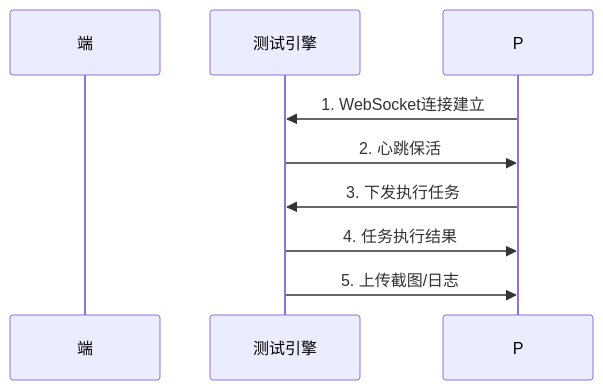
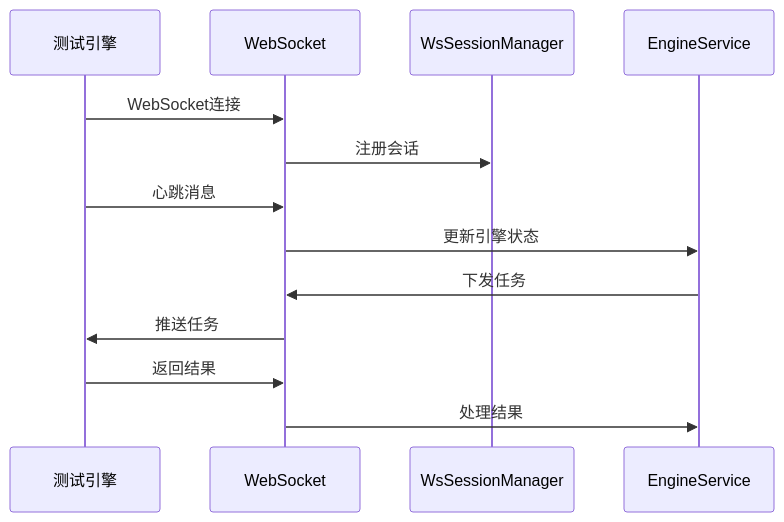
The third of 6 diagrams in platform-backend/README.md (qdbin/TestPlatform), drawn with Mermaid before and after one commit. The commit also changed other lines of this file and 74 other files, not shown here.

````diff
--- a/platform-backend/README.md
+++ b/platform-backend/README.md
@@ -132,11 +208,16 @@
 ```mermaid
 sequenceDiagram
-    participant P平台后 as 端
     participant E as 测试引擎
-    
-    P->>E: 1. WebSocket连接建立
-    E->>P: 2. 心跳保活
-    P->>E: 3. 下发执行任务
-    E->>P: 4. 任务执行结果
-    E->>P: 5. 上传截图/日志
+    participant W as WebSocket
+    participant M as WsSessionManager
+    participant S as EngineService
+
+    E->>W: WebSocket连接
+    W->>M: 注册会话
+    E->>W: 心跳消息
+    W->>S: 更新引擎状态
+    S->>W: 下发任务
+    W->>E: 推送任务
+    E->>W: 返回结果
+    W->>S: 处理结果
 ```
````
